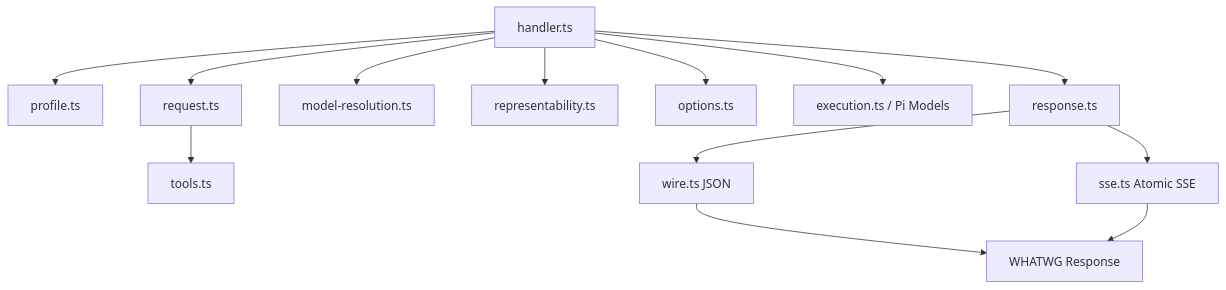
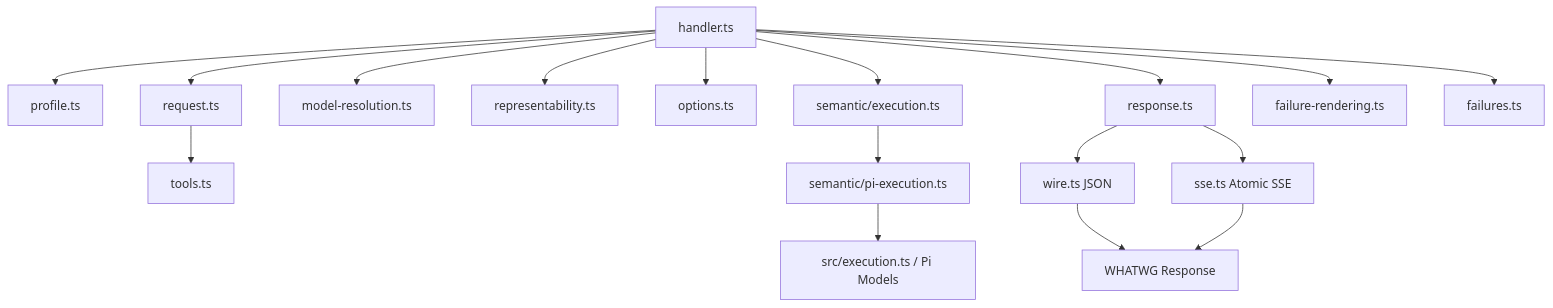
The ninth of 19 diagrams in doc/TokenArchitecture.md (keeplearning2026/LuckyToken), drawn with Mermaid before and after one commit. The commit also changed other lines of this file, not shown here.

Commit message:
Update architecture documentation for v1.0.0

````diff
--- a/doc/TokenArchitecture.md
+++ b/doc/TokenArchitecture.md
@@ -1109,15 +1149,19 @@
 ```mermaid
 flowchart TD
     H["handler.ts"] --> P["profile.ts"]
     H --> RQ["request.ts"]
     RQ --> T["tools.ts"]
     H --> MR["model-resolution.ts"]
     H --> MV["representability.ts"]
     H --> O["options.ts"]
-    H --> E["execution.ts / Pi Models"]
+    H --> SE["semantic/execution.ts"]
+    SE --> PE["semantic/pi-execution.ts"]
+    PE --> E["src/execution.ts / Pi Models"]
     H --> RS["response.ts"]
     RS --> W["wire.ts JSON"]
     RS --> S["sse.ts Atomic SSE"]
+    H --> FR["failure-rendering.ts"]
+    H --> F["failures.ts"]
     W --> RESP["WHATWG Response"]
     S --> RESP
 ```
````
